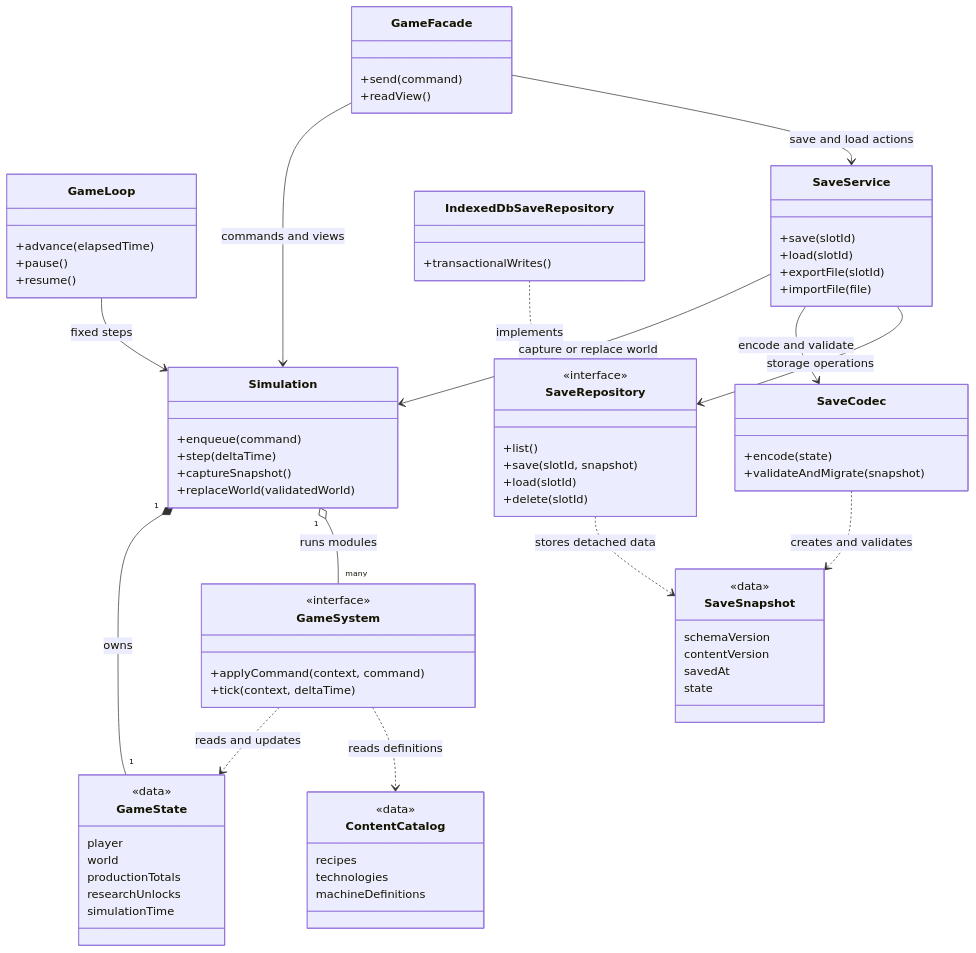
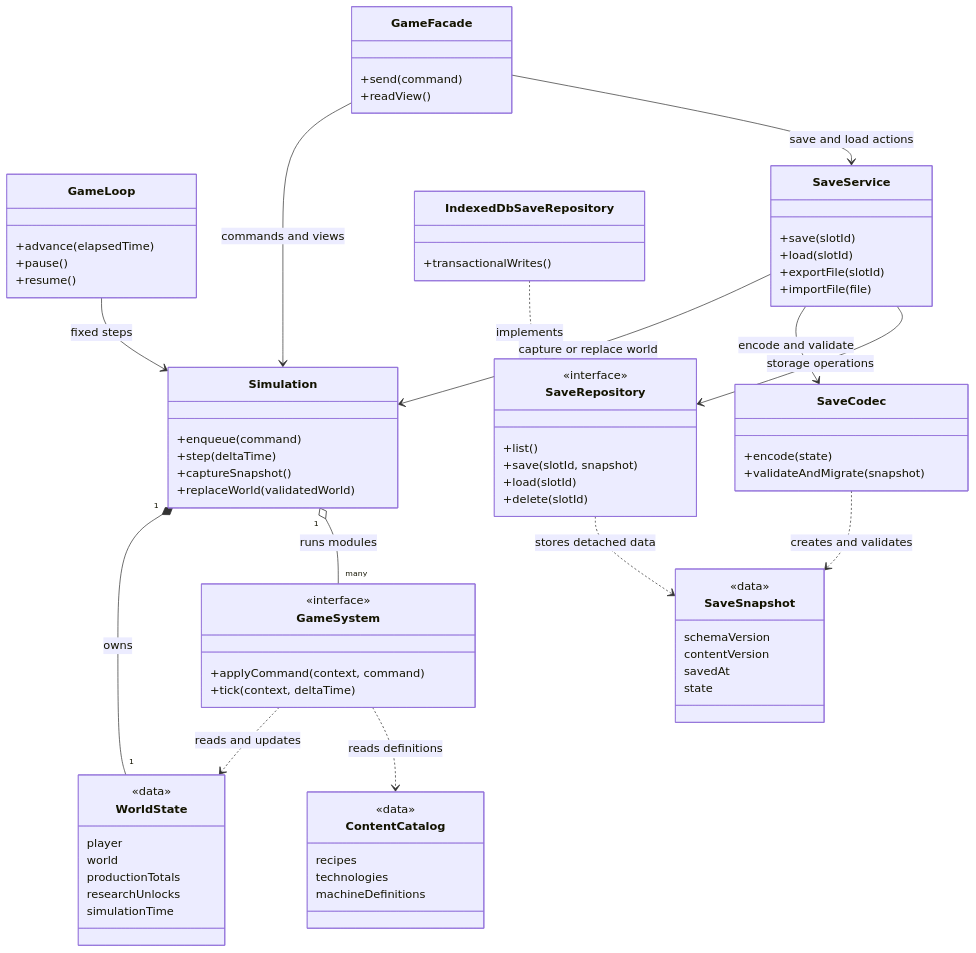
The first of 3 diagrams in docs/design/TDD.md (Googlproxer/Scrapworks), drawn with Mermaid before and after one commit. The commit also changed other lines of this file and 393 other files, not shown here.

````diff
--- a/docs/design/TDD.md
+++ b/docs/design/TDD.md
@@ -39,80 +38,80 @@
 ```mermaid
 classDiagram
     direction TB
 
     class GameFacade {
         +send(command)
         +readView()
     }
     class GameLoop {
         +advance(elapsedTime)
         +pause()
         +resume()
     }
     class Simulation {
         +enqueue(command)
         +step(deltaTime)
         +captureSnapshot()
         +replaceWorld(validatedWorld)
     }
-    class GameState {
+    class WorldState {
         <<data>>
         player
         world
         productionTotals
         researchUnlocks
         simulationTime
     }
     class GameSystem {
         <<interface>>
         +applyCommand(context, command)
         +tick(context, deltaTime)
     }
     class ContentCatalog {
         <<data>>
         recipes
         technologies
         machineDefinitions
     }
     class SaveService {
         +save(slotId)
         +load(slotId)
         +exportFile(slotId)
         +importFile(file)
     }
     class SaveCodec {
         +encode(state)
         +validateAndMigrate(snapshot)
     }
     class SaveSnapshot {
         <<data>>
         schemaVersion
         contentVersion
         savedAt
         state
     }
     class SaveRepository {
         <<interface>>
         +list()
         +save(slotId, snapshot)
         +load(slotId)
         +delete(slotId)
     }
     class IndexedDbSaveRepository {
         +transactionalWrites()
     }
 
     GameFacade --> Simulation : commands and views
     GameFacade --> SaveService : save and load actions
     GameLoop --> Simulation : fixed steps
-    Simulation "1" *-- "1" GameState : owns
+    Simulation "1" *-- "1" WorldState : owns
     Simulation "1" o-- "many" GameSystem : runs modules
-    GameSystem ..> GameState : reads and updates
+    GameSystem ..> WorldState : reads and updates
     GameSystem ..> ContentCatalog : reads definitions
     SaveService --> Simulation : capture or replace world
     SaveService --> SaveCodec : encode and validate
     SaveService --> SaveRepository : storage operations
     SaveCodec ..> SaveSnapshot : creates and validates
     SaveRepository ..> SaveSnapshot : stores detached data
     IndexedDbSaveRepository ..|> SaveRepository : implements
 ```
````
